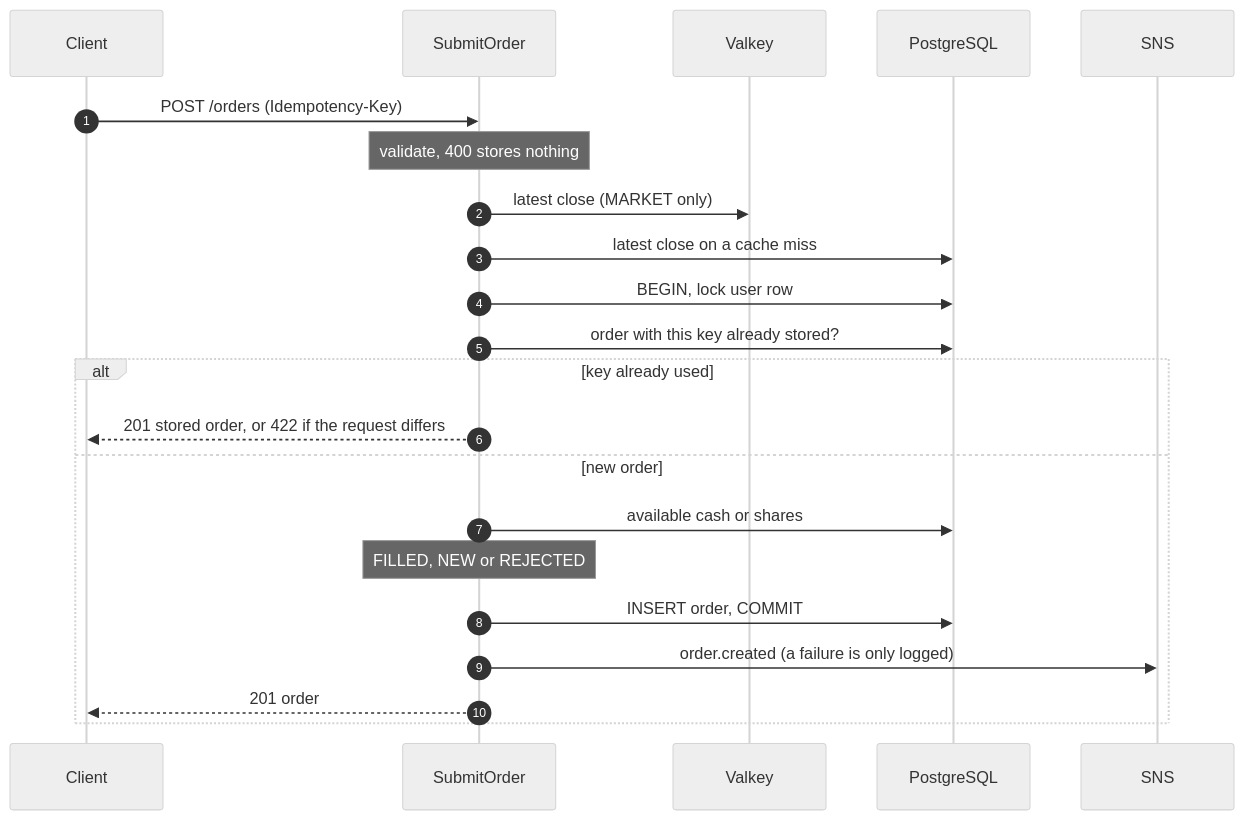
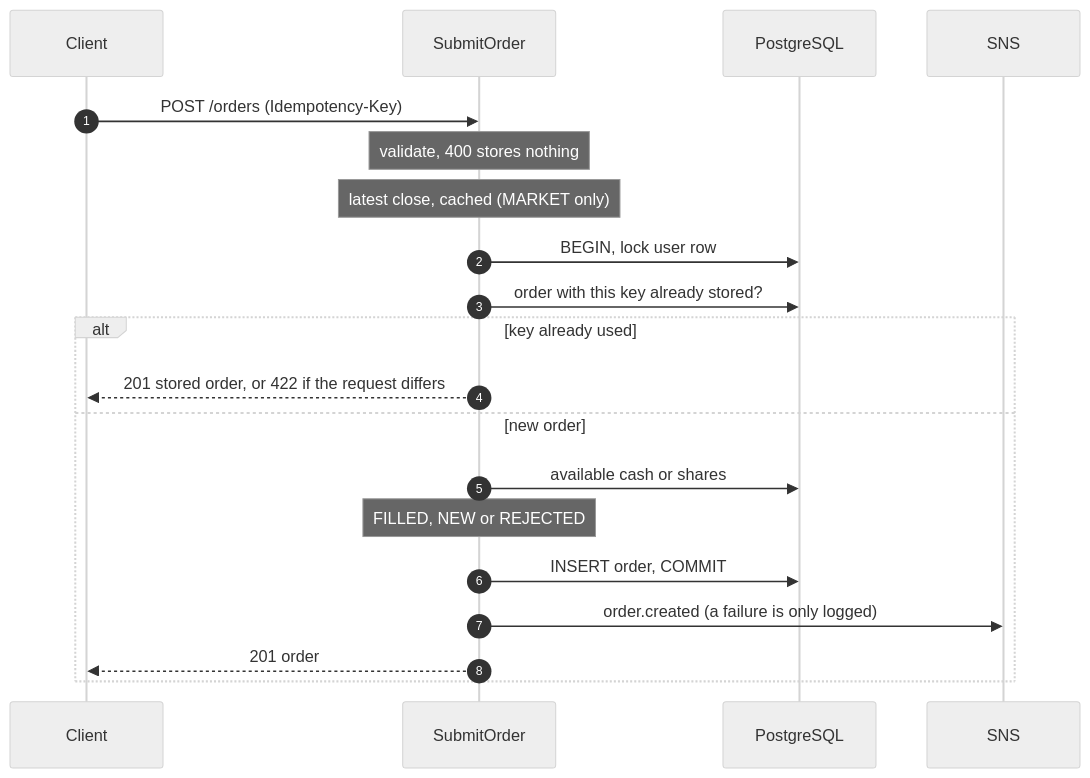
Before and after one commit to Samuel0023/cocos-challenge: the first of 6 diagrams in docs/flows.md, drawn with Mermaid (neutral theme). The commit also changed other lines of this file and 13 other files, not shown here.

````diff
--- a/docs/flows.md
+++ b/docs/flows.md
@@ -9,24 +9,22 @@
 ```mermaid
 sequenceDiagram
   autonumber
   participant C as Client
   participant UC as SubmitOrder
-  participant VK as Valkey
   participant PG as PostgreSQL
   participant SNS as SNS
   C->>UC: POST /orders (Idempotency-Key)
   Note over UC: validate, 400 stores nothing
-  UC->>VK: latest close (MARKET only)
-  UC->>PG: latest close on a cache miss
+  Note over UC: latest close, cached (MARKET only)
   UC->>PG: BEGIN, lock user row
   UC->>PG: order with this key already stored?
   alt key already used
     UC-->>C: 201 stored order, or 422 if the request differs
   else new order
     UC->>PG: available cash or shares
     Note over UC: FILLED, NEW or REJECTED
     UC->>PG: INSERT order, COMMIT
     UC->>SNS: order.created (a failure is only logged)
     UC-->>C: 201 order
   end
 ```
````
